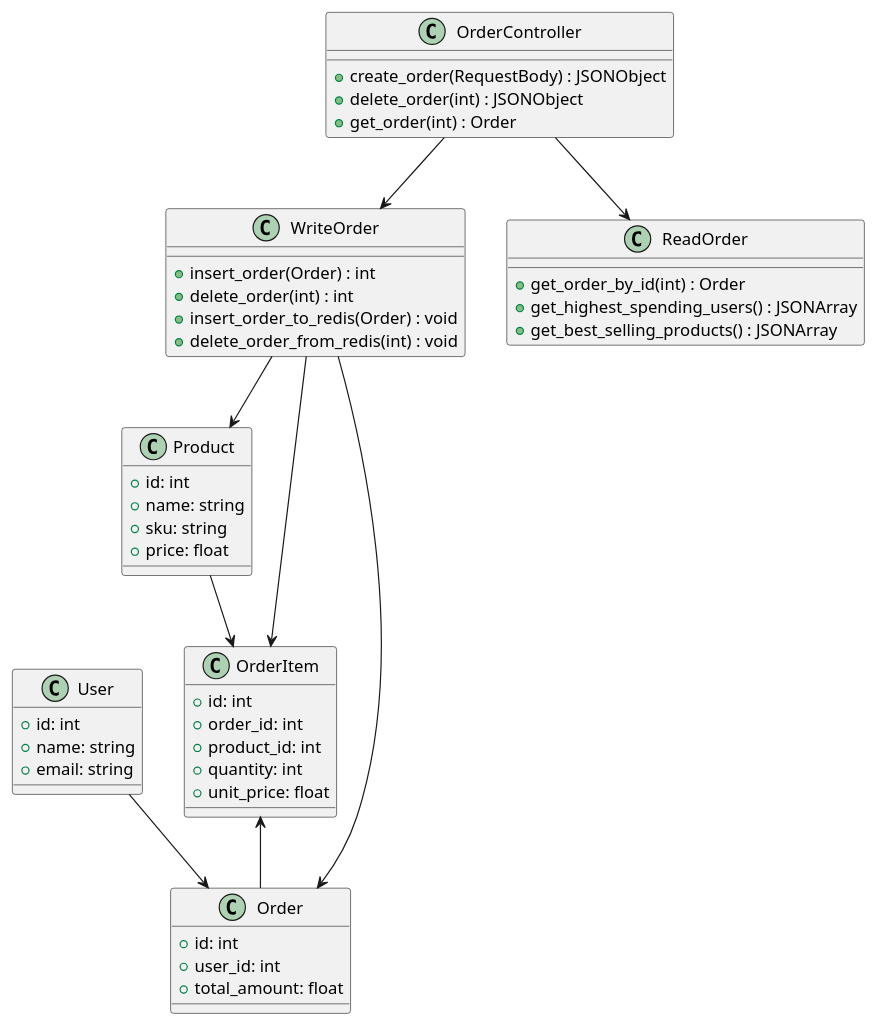
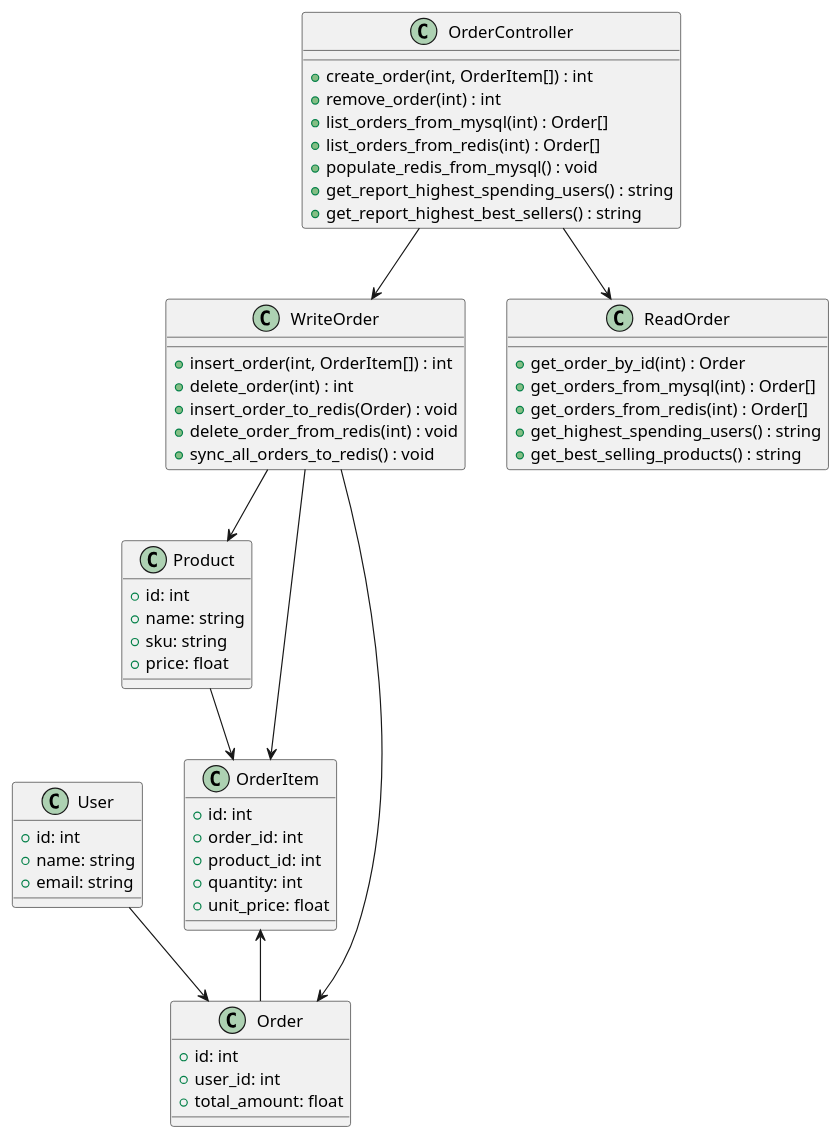
One commit to theobrogrammer/log430-a25-labo2 changed the diagram in docs/views/class.puml. Above: the diagram before and after it, drawn with PlantUML. The commit also changed 28 other files, not shown here.

```diff
--- a/docs/views/class.puml
+++ b/docs/views/class.puml
@@ -1,56 +1,63 @@
 @startuml
     class User {
         + id: int
         + name: string
         + email: string
     }
 
     class Product {
         + id: int
         + name: string
         + sku: string
         + price: float
     }
 
     class OrderItem {
         + id: int
         + order_id: int
         + product_id: int
         + quantity: int
         + unit_price: float
     }
 
     class Order {
         + id: int
         + user_id: int
         + total_amount: float
     }
 
     class WriteOrder {
-        + insert_order(Order) : int
+        + insert_order(int, OrderItem[]) : int
         + delete_order(int) : int
         + insert_order_to_redis(Order) : void
         + delete_order_from_redis(int) : void
+        + sync_all_orders_to_redis() : void
     }
 
     class ReadOrder {
         + get_order_by_id(int) : Order
-        + get_highest_spending_users() : JSONArray
-        + get_best_selling_products() : JSONArray
+        + get_orders_from_mysql(int) : Order[]
+        + get_orders_from_redis(int) : Order[]
+        + get_highest_spending_users() : string
+        + get_best_selling_products() : string
     }
 
     class OrderController {
-        + create_order(RequestBody) : JSONObject
-        + delete_order(int) : JSONObject
-        + get_order(int) : Order
+        + create_order(int, OrderItem[]) : int
+        + remove_order(int) : int
+        + list_orders_from_mysql(int) : Order[]
+        + list_orders_from_redis(int) : Order[]
+        + populate_redis_from_mysql() : void
+        + get_report_highest_spending_users() : string
+        + get_report_highest_best_sellers() : string
     }
 
     OrderItem <-- Order
     User --> Order
     Product --> OrderItem
     WriteOrder --> Order
     WriteOrder --> OrderItem
     WriteOrder --> Product
     OrderController --> WriteOrder
     OrderController --> ReadOrder
 @enduml
```
